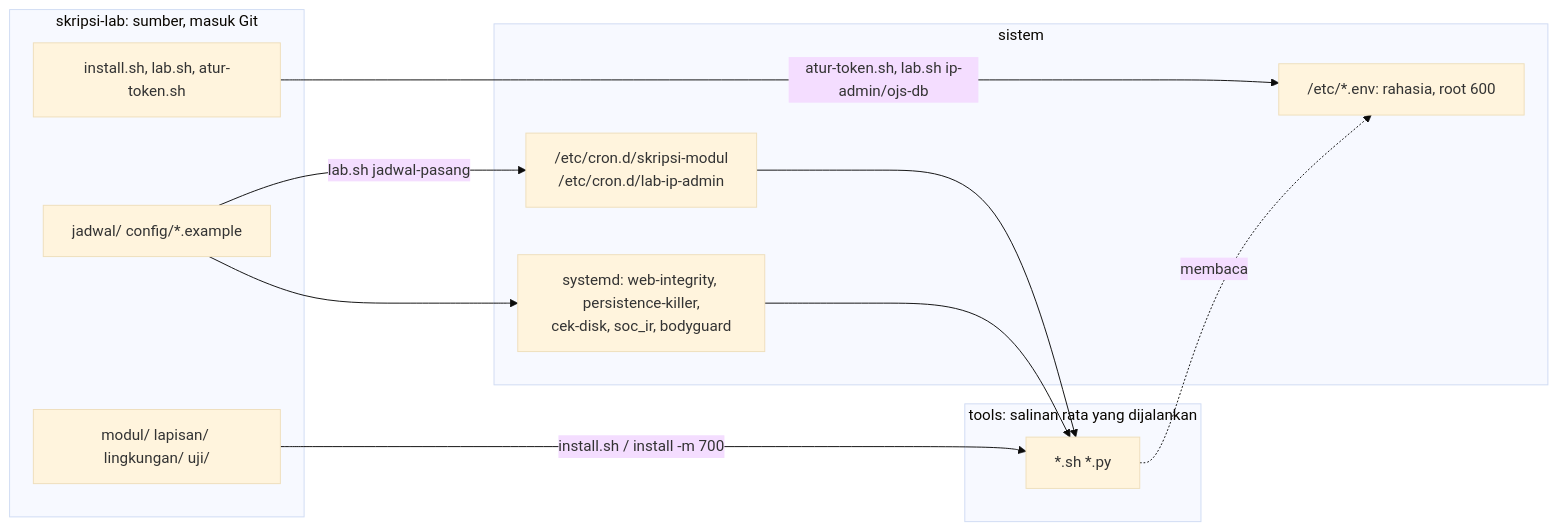
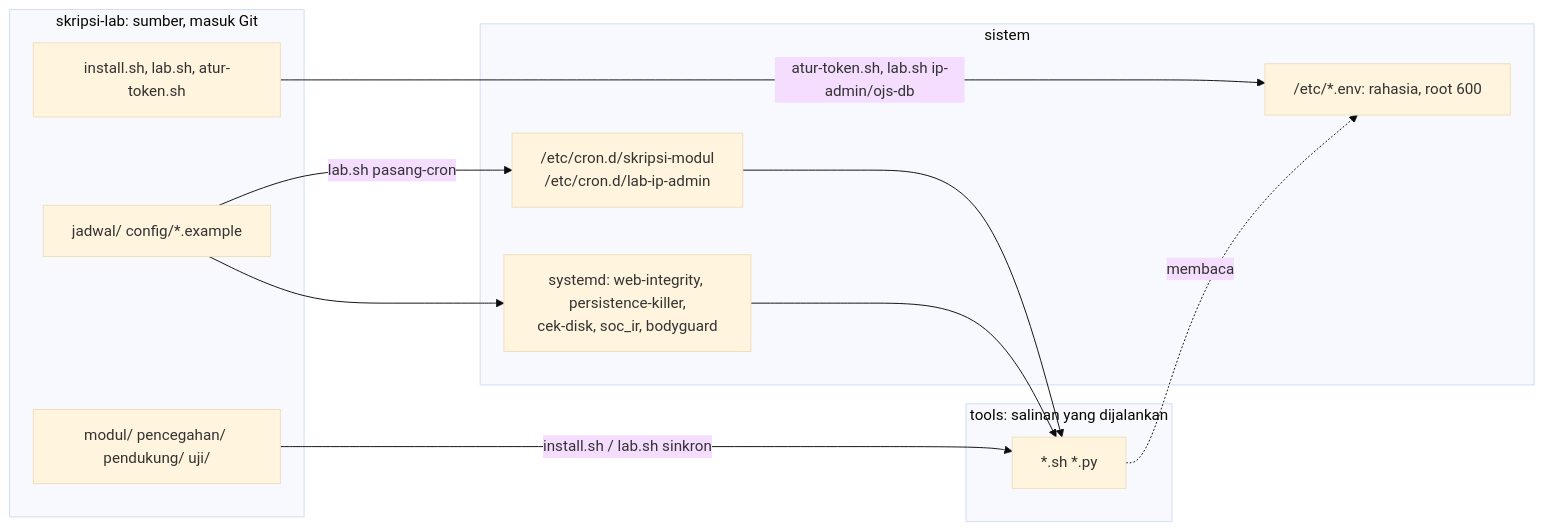
Before and after one commit to muhammadandykmaulana/lab-reproduksi: the first of 5 diagrams in STRUKTUR.md, drawn with Mermaid (base theme). The commit also changed other lines of this file and 120 other files, not shown here.

Commit message:
Ganti nama skrip dan folder (pencegahan, pendukung, M5-blokir-attacker, freeze.sh, kumpulkan-bukti.sh); buang nama lama

````diff
--- a/STRUKTUR.md
+++ b/STRUKTUR.md
@@ -22,23 +23,23 @@
 ```mermaid
 flowchart LR
   subgraph LAB["skripsi-lab: sumber, masuk Git"]
-    L1["modul/ lapisan/ lingkungan/ uji/"]
+    L1["modul/ pencegahan/ pendukung/ uji/"]
     L2["install.sh, lab.sh, atur-token.sh"]
     L3["jadwal/ config/*.example"]
   end
-  subgraph TOOLS["tools: salinan rata yang dijalankan"]
+  subgraph TOOLS["tools: salinan yang dijalankan"]
     T1["*.sh *.py"]
   end
   subgraph SYS["sistem"]
     C["/etc/cron.d/skripsi-modul<br/>/etc/cron.d/lab-ip-admin"]
     S["systemd: web-integrity, persistence-killer,<br/>cek-disk, soc_ir, bodyguard"]
     E["/etc/*.env: rahasia, root 600"]
   end
-  L1 -- "install.sh / install -m 700" --> T1
-  L3 -- "lab.sh jadwal-pasang" --> C
+  L1 -- "install.sh / lab.sh sinkron" --> T1
+  L3 -- "lab.sh pasang-cron" --> C
   L3 --> S
   L2 -- "atur-token.sh, lab.sh ip-admin/ojs-db" --> E
   C --> T1
   S --> T1
   T1 -. "membaca" .-> E
 ```
````
